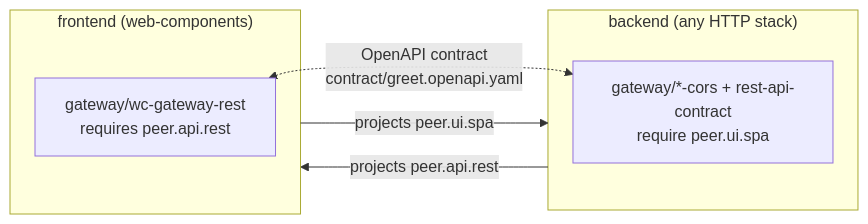
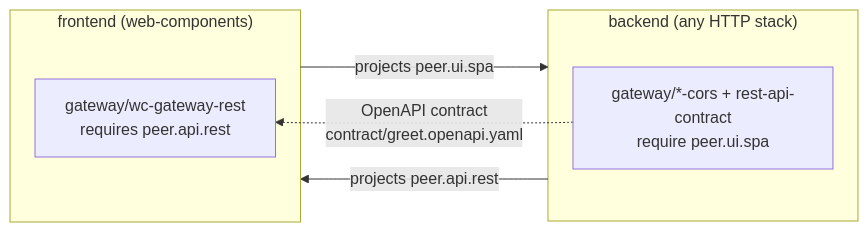
One commit to rgoussu-dev/Keel changed the second of 2 diagrams in docs/composition.md. Above: the diagram before and after it, drawn with Mermaid. The commit also changed other lines of this file and 1 other file, not shown here.

Commit message:
docs: keep mermaid diagrams inside GitHub's rendering subset
GitHub renders mermaid with strict sanitization: HTML tags other
than <br/> and HTML entities in node labels come out as literal
text, and the bidirectional dotted edge is not portable. Replace
the <i> emphasis in the hexagon anatomy diagram with parentheses,
drop the &lt;vertical&gt; entities from the install-flow diagram,
and pin the OpenAPI-contract edge to one direction (backend owns
the contract, frontend consumes it).

Claude-Session: https://claude.ai/code/session_01Gy9AMxrB7gY8enptjTZg5E

````diff
--- a/docs/composition.md
+++ b/docs/composition.md
@@ -95,12 +95,12 @@
 ```mermaid
 flowchart LR
   subgraph frontend["frontend (web-components)"]
     FG["gateway/wc-gateway-rest<br/>requires peer.api.rest"]
   end
   subgraph backend["backend (any HTTP stack)"]
     BC["gateway/*-cors + rest-api-contract<br/>require peer.ui.spa"]
   end
   backend -- "projects peer.api.rest" --> frontend
   frontend -- "projects peer.ui.spa" --> backend
-  FG <-. "OpenAPI contract<br/>contract/greet.openapi.yaml" .-> BC
+  BC -. "OpenAPI contract<br/>contract/greet.openapi.yaml" .-> FG
 ```
````
